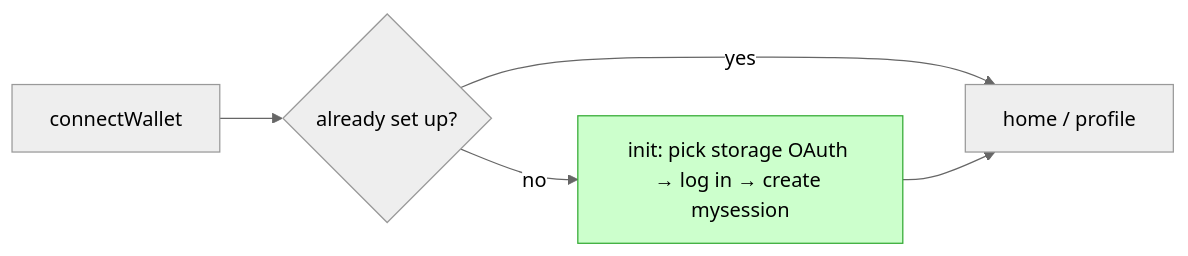
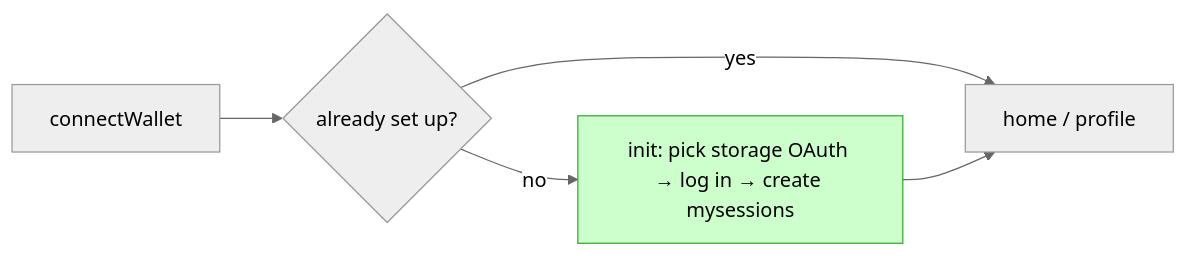
One commit to IQCoreTeam/AgentNet changed the fourth of 6 diagrams in plans/actions-and-adapters.md. Above: the diagram before and after it, drawn with Mermaid (neutral theme). The commit also changed other lines of this file and 8 other files, not shown here.

````diff
--- a/plans/actions-and-adapters.md
+++ b/plans/actions-and-adapters.md
@@ -170,8 +170,8 @@
 ```mermaid
 flowchart LR
     C["connectWallet"] --> Q{"already set up?"}
-    Q -->|no| I["init: pick storage OAuth → log in → create mysession"]
+    Q -->|no| I["init: pick storage OAuth → log in → create mysessions"]
     Q -->|yes| H["home / profile"]
     I --> H
     style I fill:#cfc,stroke:#3a3
 ```
````
